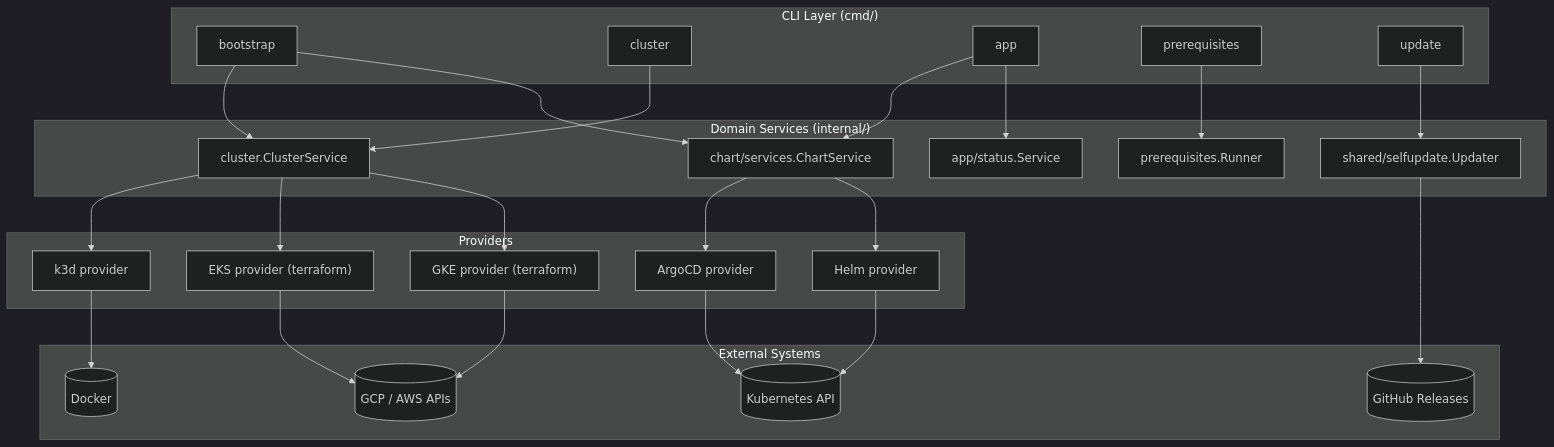
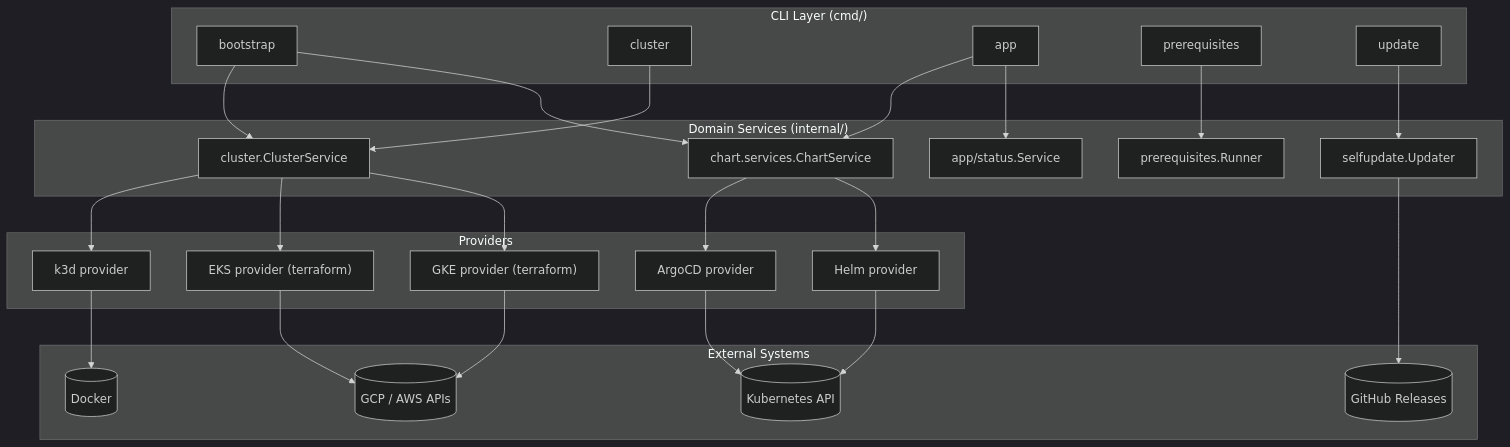
The first of 3 diagrams in docs/development/architecture/README.md (flamingo-stack/openframe-cli), drawn with Mermaid (dark theme) before and after one commit. The commit also changed other lines of this file and 223 other files, not shown here.

````diff
--- a/docs/development/architecture/README.md
+++ b/docs/development/architecture/README.md
@@ -27,54 +13,54 @@
 ```mermaid
 graph TB
-    subgraph cliLayer["CLI Layer (cmd/)"]
+    subgraph "CLI Layer (cmd/)"
         Bootstrap[bootstrap]
         Cluster[cluster]
         App[app]
         Prereq[prerequisites]
         Update[update]
     end
 
-    subgraph domainLayer["Domain Services (internal/)"]
+    subgraph "Domain Services (internal/)"
         ClusterSvc["cluster.ClusterService"]
-        ChartSvc["chart/services.ChartService"]
+        ChartSvc["chart.services.ChartService"]
         AppStatus["app/status.Service"]
         PrereqFw["prerequisites.Runner"]
-        SelfUpdate["shared/selfupdate.Updater"]
+        SelfUpdate["selfupdate.Updater"]
     end
 
-    subgraph providerLayer["Providers"]
+    subgraph "Providers"
         K3d["k3d provider"]
         EKS["EKS provider (terraform)"]
         GKE["GKE provider (terraform)"]
         ArgoCD["ArgoCD provider"]
         Helm["Helm provider"]
     end
 
-    subgraph externalLayer["External Systems"]
+    subgraph "External Systems"
         Docker[("Docker")]
         K8sAPI[("Kubernetes API")]
         CloudAPI[("GCP / AWS APIs")]
-        GitHubRel[("GitHub Releases")]
+        GitHub[("GitHub Releases")]
     end
 
     Bootstrap --> ClusterSvc
     Bootstrap --> ChartSvc
     Cluster --> ClusterSvc
     App --> ChartSvc
     App --> AppStatus
     Prereq --> PrereqFw
     Update --> SelfUpdate
 
     ClusterSvc --> K3d
     ClusterSvc --> EKS
     ClusterSvc --> GKE
     ChartSvc --> ArgoCD
     ChartSvc --> Helm
 
     K3d --> Docker
     EKS --> CloudAPI
     GKE --> CloudAPI
     ArgoCD --> K8sAPI
     Helm --> K8sAPI
-    SelfUpdate --> GitHubRel
+    SelfUpdate --> GitHub
 ```
````
